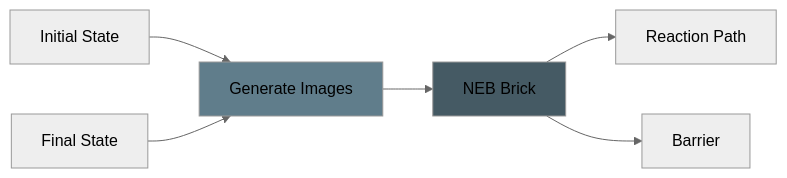
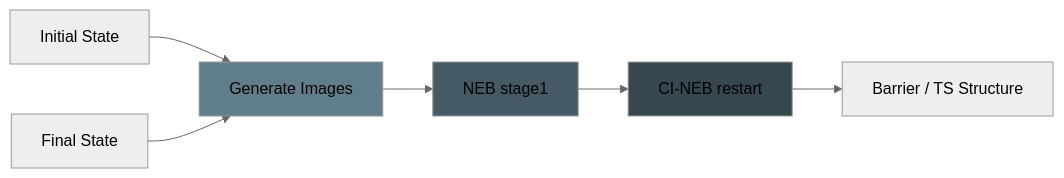
Diagram 11 of 18 in docs/DOCUMENTATION.md (DoriniTT/quantum-lego), drawn with Mermaid (neutral theme) before and after one commit. The commit also changed other lines of this file and 2 other files, not shown here.

First line of the commit message:
docs: update NEB section and add Pt step-edge NEB example

````diff
--- a/docs/DOCUMENTATION.md
+++ b/docs/DOCUMENTATION.md
@@ -586,11 +586,12 @@
 ```mermaid
 graph LR
     A[Initial State] --> B[Generate Images]
     C[Final State] --> B
-    B --> D[NEB Brick]
-    D --> E[Reaction Path]
-    D --> F[Barrier]
+    B --> D[NEB stage1]
+    D --> E[CI-NEB restart]
+    E --> F[Barrier / TS Structure]
 
     style B fill:#607D8B
     style D fill:#455A64
+    style E fill:#37474F
 ```
````
